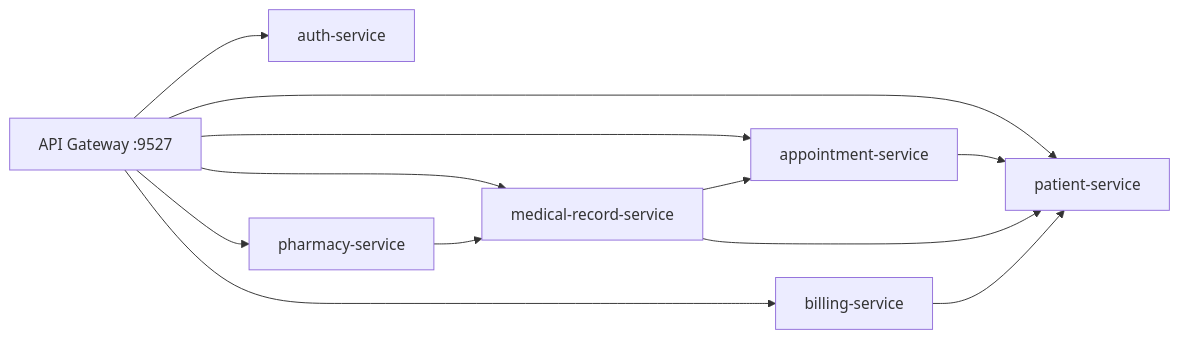
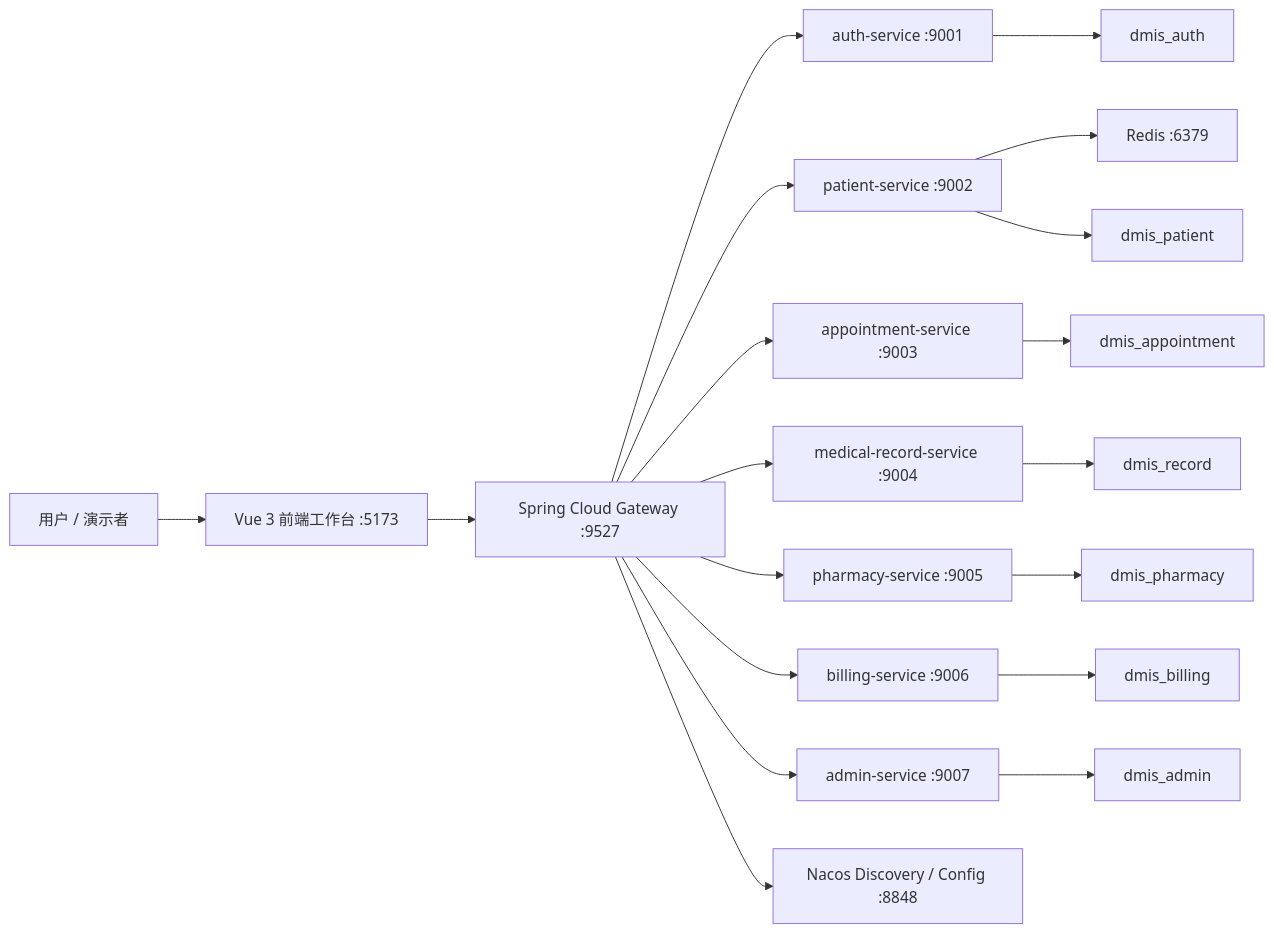
Before and after one commit to HeChiMoon/Distributed-Medical-Information-System: the first of 2 diagrams in docs/architecture.md, drawn with Mermaid. The commit also changed other lines of this file and 6 other files, not shown here.

````diff
--- a/docs/architecture.md
+++ b/docs/architecture.md
@@ -27,14 +7,21 @@
 ```mermaid
 flowchart LR
-  Gateway["API Gateway :9527"] --> Auth["auth-service"]
-  Gateway --> Patient["patient-service"]
-  Gateway --> Appointment["appointment-service"]
-  Gateway --> Record["medical-record-service"]
-  Gateway --> Pharmacy["pharmacy-service"]
-  Gateway --> Billing["billing-service"]
-  Appointment --> Patient
-  Record --> Patient
-  Record --> Appointment
-  Pharmacy --> Record
-  Billing --> Patient
+  User["用户 / 演示者"] --> Frontend["Vue 3 前端工作台 :5173"]
+  Frontend --> Gateway["Spring Cloud Gateway :9527"]
+  Gateway --> Auth["auth-service :9001"]
+  Gateway --> Patient["patient-service :9002"]
+  Gateway --> Appointment["appointment-service :9003"]
+  Gateway --> Record["medical-record-service :9004"]
+  Gateway --> Pharmacy["pharmacy-service :9005"]
+  Gateway --> Billing["billing-service :9006"]
+  Gateway --> Admin["admin-service :9007"]
+  Gateway --> Nacos["Nacos Discovery / Config :8848"]
+  Patient --> Redis["Redis :6379"]
+  Patient --> MySQLPatient["dmis_patient"]
+  Appointment --> MySQLAppointment["dmis_appointment"]
+  Record --> MySQLRecord["dmis_record"]
+  Pharmacy --> MySQLPharmacy["dmis_pharmacy"]
+  Billing --> MySQLBilling["dmis_billing"]
+  Auth --> MySQLAuth["dmis_auth"]
+  Admin --> MySQLAdmin["dmis_admin"]
 ```
````
